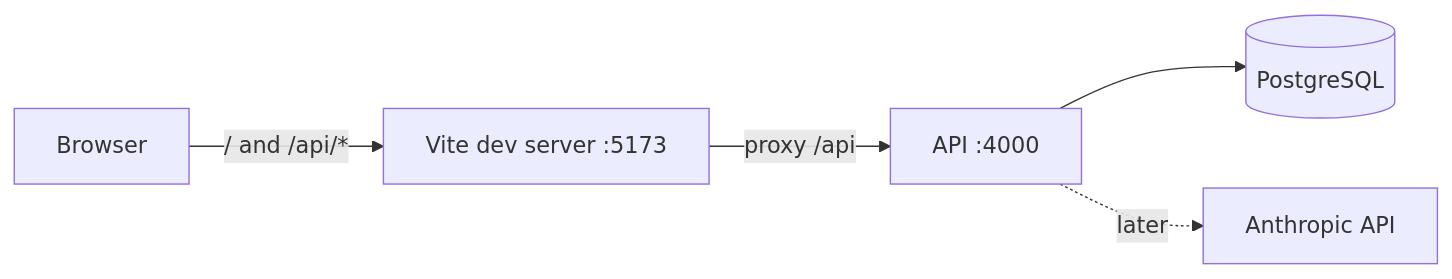
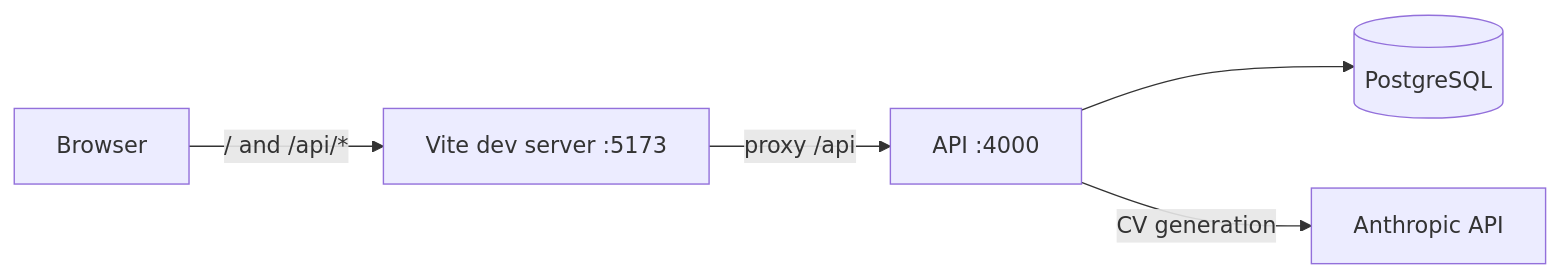
The first of 3 diagrams in README.md (maxduma/ai_cv_builder), drawn with Mermaid before and after one commit. The commit also changed other lines of this file and 31 other files, not shown here.

````diff
--- a/README.md
+++ b/README.md
@@ -112,7 +115,7 @@
 ```mermaid
 flowchart LR
   B[Browser] -->|"/ and /api/*"| V[Vite dev server :5173]
   V -->|proxy /api| A[API :4000]
   A --> P[(PostgreSQL)]
-  A -.->|later| C[Anthropic API]
+  A -->|CV generation| C[Anthropic API]
 ```
````
